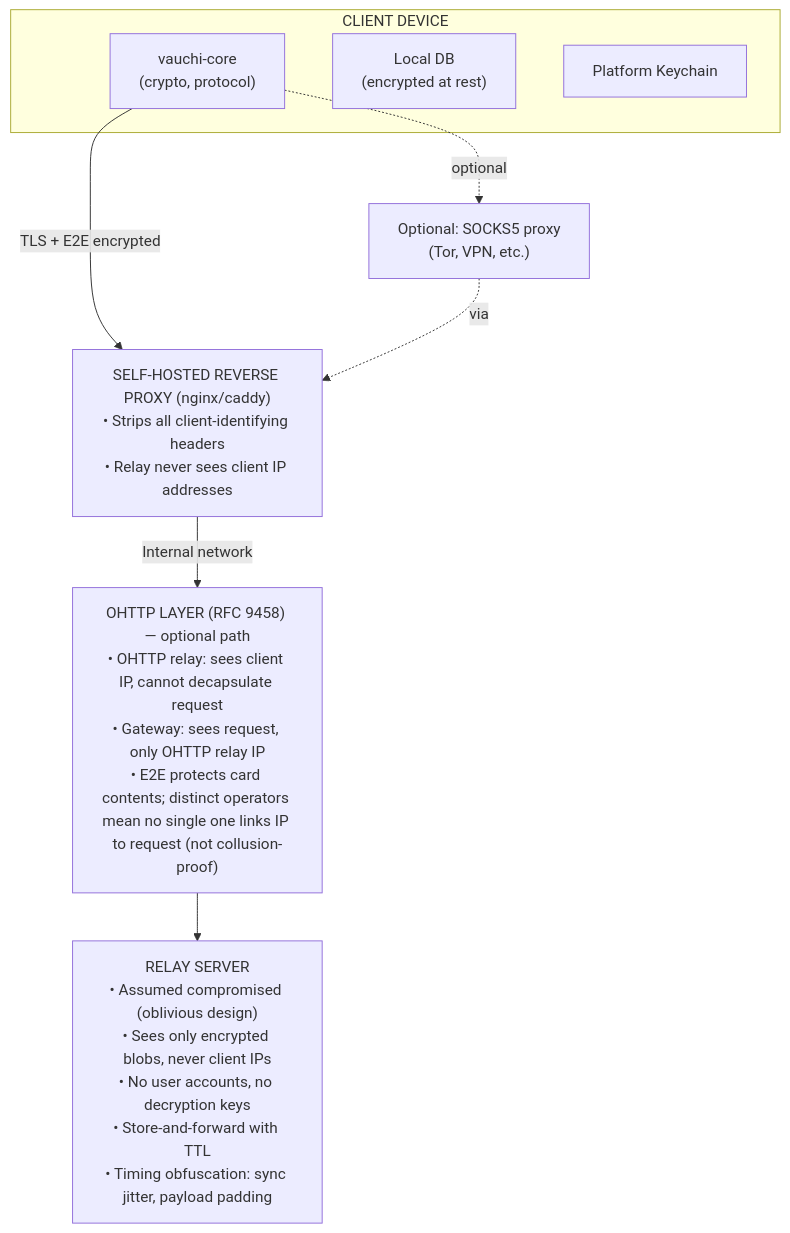
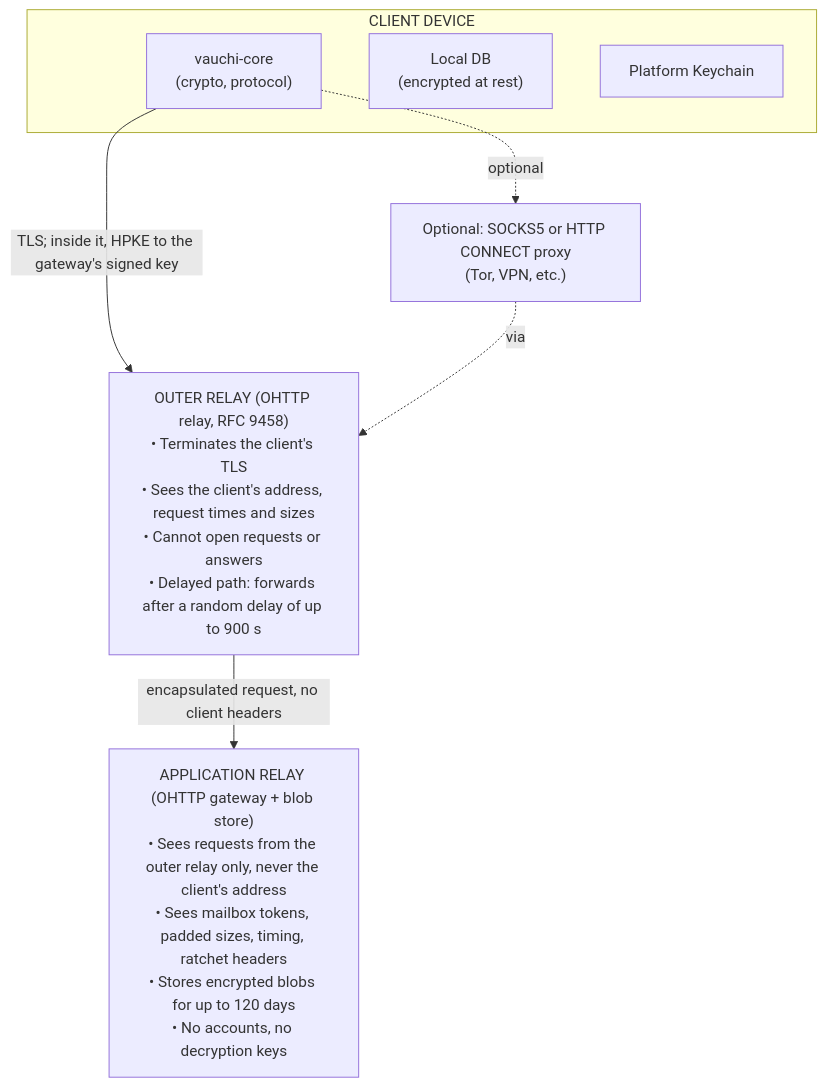
The diagram in src/developers/threat-model.md (vauchi/docs), drawn with Mermaid before and after one commit. The commit also changed other lines of this file, not shown here.

First line of the commit message:
docs: the threat model describes the OHTTP relay pair, not the retired WebSocket relay (private#894)

````diff
--- a/src/developers/threat-model.md
+++ b/src/developers/threat-model.md
@@ -28,22 +28,19 @@
 ```mermaid
 flowchart TB
     subgraph Client["CLIENT DEVICE"]
         Core["vauchi-core<br/>(crypto, protocol)"]
         DB["Local DB<br/>(encrypted at rest)"]
         KC["Platform Keychain"]
     end
 
-    Socks["Optional: SOCKS5 proxy<br/>(Tor, VPN, etc.)"]
+    Socks["Optional: SOCKS5 or HTTP CONNECT proxy<br/>(Tor, VPN, etc.)"]
 
-    Proxy["SELF-HOSTED REVERSE PROXY (nginx/caddy)<br/>• Strips all client-identifying headers<br/>• Relay never sees client IP addresses"]
+    Outer["OUTER RELAY (OHTTP relay, RFC 9458)<br/>• Terminates the client's TLS<br/>• Sees the client's address, request times and sizes<br/>• Cannot open requests or answers<br/>• Delayed path: forwards after a random delay of up to 900 s"]
 
-    OHTTP["OHTTP LAYER (RFC 9458) — optional path<br/>• OHTTP relay: sees client IP, cannot decapsulate request<br/>• Gateway: sees request, only OHTTP relay IP<br/>• E2E protects card contents; distinct operators mean no single one links IP to request (not collusion-proof)"]
+    Gateway["APPLICATION RELAY (OHTTP gateway + blob store)<br/>• Sees requests from the outer relay only, never the client's address<br/>• Sees mailbox tokens, padded sizes, timing, ratchet headers<br/>• Stores encrypted blobs for up to 120 days<br/>• No accounts, no decryption keys"]
 
-    Relay["RELAY SERVER<br/>• Assumed compromised (oblivious design)<br/>• Sees only encrypted blobs, never client IPs<br/>• No user accounts, no decryption keys<br/>• Store-and-forward with TTL<br/>• Timing obfuscation: sync jitter, payload padding"]
-
-    Core -- "TLS + E2E encrypted" --> Proxy
+    Core -- "TLS; inside it, HPKE to the gateway's signed key" --> Outer
     Core -. "optional" .-> Socks
-    Socks -. "via" .-> Proxy
-    Proxy -- "Internal network" --> OHTTP
-    OHTTP --> Relay
+    Socks -. "via" .-> Outer
+    Outer -- "encapsulated request, no client headers" --> Gateway
 ```
````
